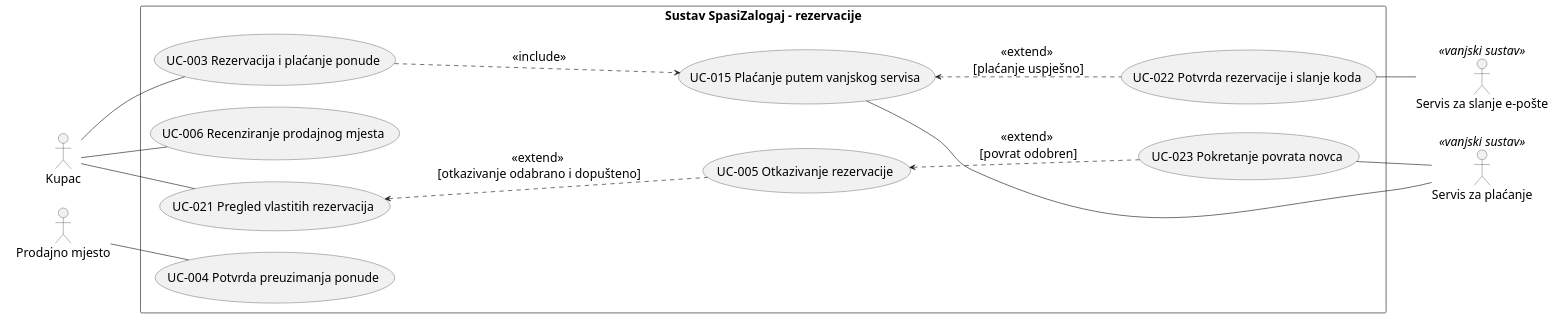
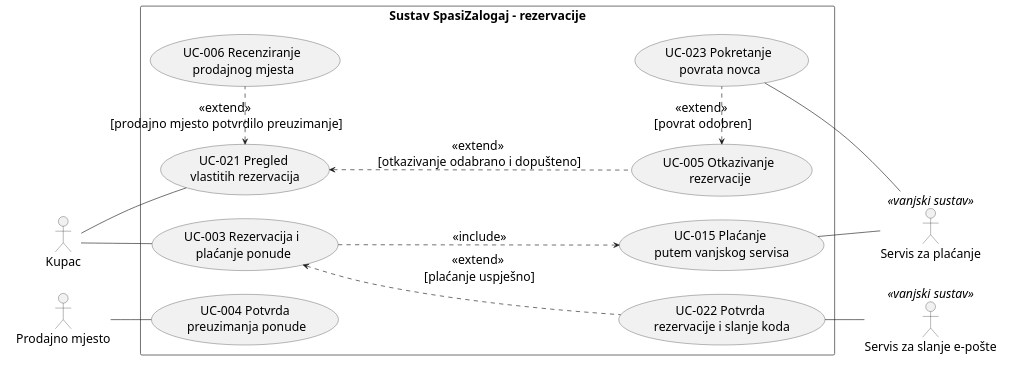
One commit to vz56677/zalogajcici changed the diagram in docs/puml/3-2-reservations-UC.puml. Above: the diagram before and after it, drawn with PlantUML. The commit also changed 6 other files, not shown here.

```diff
--- a/docs/puml/3-2-reservations-UC.puml
+++ b/docs/puml/3-2-reservations-UC.puml
@@ -1,56 +1,49 @@
-@startuml 3-1-rezervacije-UC-V6
-' SpasiZalogaj - detaljni dijagram obrazaca uporabe: rezervacije
-' Radna pretpostavka (za potvrdu s timom): kupac nakon rezerviranja odmah
-' nastavlja na obvezno online placanje; nema placanja gotovinom.
-' Rezervacija moze privremeno cekati potvrdu uplate tijekom tog procesa,
-' ali kod za preuzimanje salje se TEK NAKON uspjesnog placanja.
-' UC-022 je uvjetno prosirenje UC-015 nakon uspjesnog placanja.
-' Redoslijed i uvjeti definiraju se u tekstualnom scenariju UC-003.
-' UC-021 do UC-023 su privremene detaljne oznake (provjeriti s timom).
+@startuml 3-2-reservations-UC-V2
 
 skinparam defaultFontSize 20
 left to right direction
 
 rectangle "Sustav SpasiZalogaj - rezervacije" as sustav {
-    usecase "UC-003 Rezervacija i plaćanje ponude" as UC3
-    usecase "UC-004 Potvrda preuzimanja ponude" as UC4
-    usecase "UC-005 Otkazivanje rezervacije" as UC5
-    usecase "UC-006 Recenziranje prodajnog mjesta" as UC6
-    usecase "UC-015 Plaćanje putem vanjskog servisa" as UC15
-    usecase "UC-021 Pregled vlastitih rezervacija" as UC21
-    usecase "UC-022 Potvrda rezervacije i slanje koda" as UC22
-    usecase "UC-023 Pokretanje povrata novca" as UC23
+    usecase "UC-003 Rezervacija i \nplaćanje ponude" as UC3
+    usecase "UC-004 Potvrda\n preuzimanja ponude" as UC4
+    usecase "UC-005 Otkazivanje \nrezervacije" as UC5
+    usecase "UC-006 Recenziranje \nprodajnog mjesta" as UC6
+    usecase "UC-015 Plaćanje \nputem vanjskog servisa" as UC15
+    usecase "UC-021 Pregled \nvlastitih rezervacija" as UC21
+    usecase "UC-022 Potvrda \nrezervacije i slanje koda" as UC22
+    usecase "UC-023 Pokretanje \npovrata novca" as UC23
 
     ' Placanje je obvezan dio uspjesno dovrsene rezervacije.
     UC3 -down..> UC15 : <<include>>
     ' Nakon uspjesnog placanja potvrdi rezervaciju i posalji kod.
-    UC22 -up..> UC15 : <<extend>> \n[plaćanje uspješno]
+    UC22 -up..> UC3 : <<extend>> \n[plaćanje uspješno]
 
     ' Otkazivanje se moze pokrenuti tijekom pregleda vlastitih rezervacija.
     UC5 -up..> UC21 : <<extend>> \n[otkazivanje odabrano i dopušteno]
 
     ' Povrat novca samo kada pravila to dopuštaju.
-    UC23 -up..> UC5 : <<extend>> \n[povrat odobren]
+    UC23 -left..> UC5 : <<extend>> \n[povrat odobren]
+
+    UC6 -left..> UC21 : <<extend>> \n[prodajno mjesto potvrdilo preuzimanje]
 }
 
 ' Raspored aktera preuzet iz kolegicinog opceg dijagrama.
 rectangle " " as Lijevo #transparent;line:transparent {
     actor Kupac
     actor "Prodajno mjesto" as PM
 }
 
 rectangle " " as Desno #transparent;line:transparent {
     actor "Servis za plaćanje" as PAY <<vanjski sustav>>
     actor "Servis za slanje e-pošte" as MAIL <<vanjski sustav>>
 }
 
 Kupac -- UC3
 Kupac -- UC21
-Kupac -- UC6
 PM -- UC4
 
 UC15 -- PAY
 UC23 -- PAY
 UC22 -- MAIL
 
 @enduml
```
